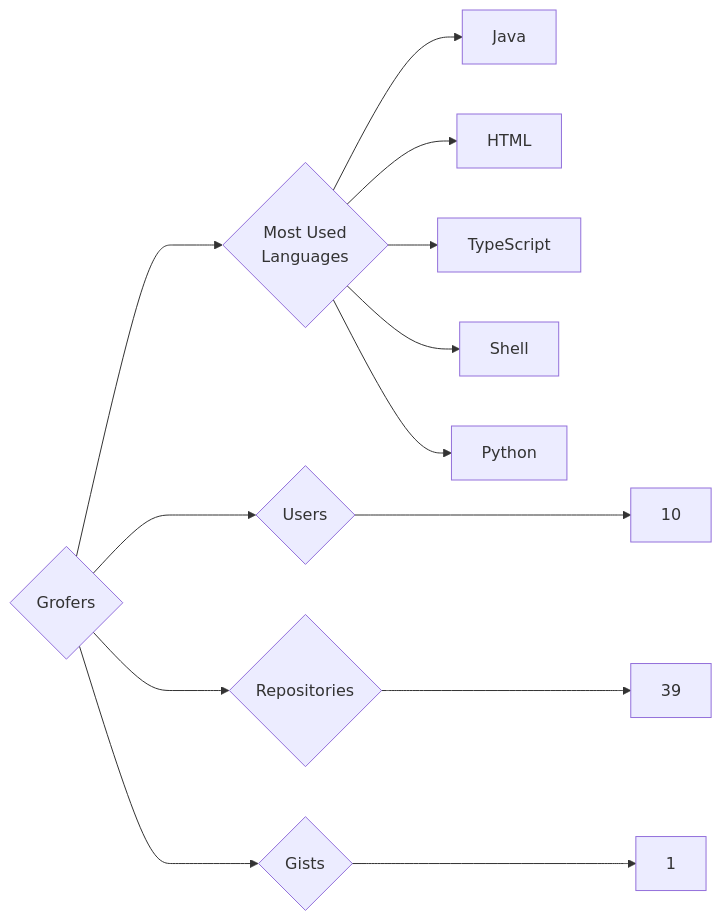
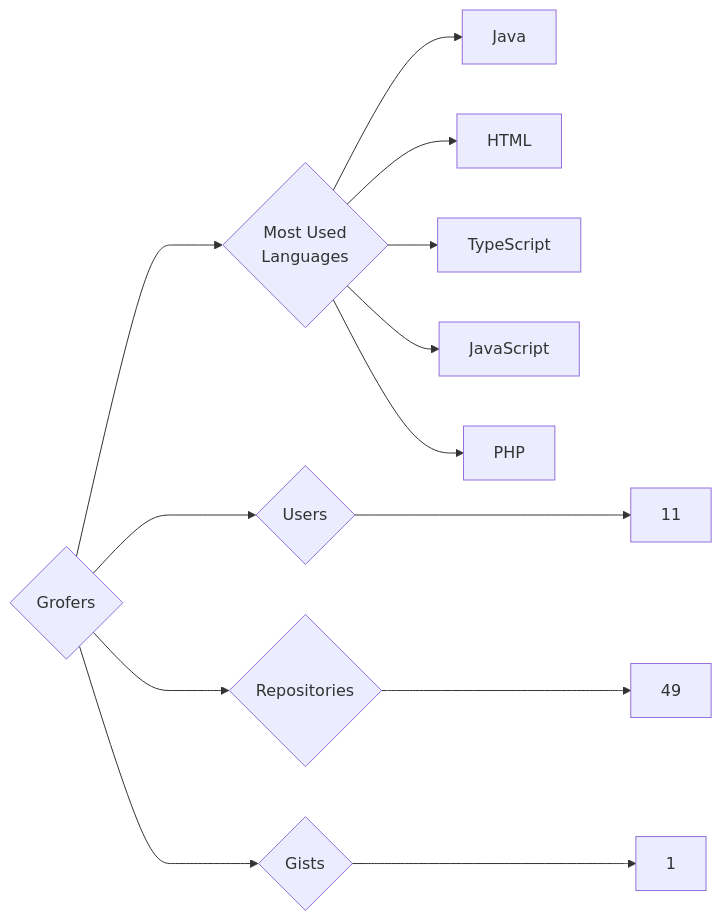
The diagram in targets/Grofers/README.md (trickest/insiders), drawn with Mermaid before and after one commit. The commit also changed 857 other files, not shown here.

````diff
--- a/targets/Grofers/README.md
+++ b/targets/Grofers/README.md
@@ -3,13 +3,13 @@
 ```mermaid
 graph LR
 COMPANY_NAME{Grofers}
-COMPANY_NAME ---> U{Users} ---> UN[10]
-COMPANY_NAME ---> R{Repositories} ---> RN[39]
+COMPANY_NAME ---> U{Users} ---> UN[11]
+COMPANY_NAME ---> R{Repositories} ---> RN[49]
 COMPANY_NAME ---> G{Gists} ---> GN[1]
 COMPANY_NAME ---> ML{Most Used<br>Languages}
 ML --> Java[Java]
 ML --> HTML[HTML]
 ML --> TypeScript[TypeScript]
-ML --> Shell[Shell]
-ML --> Python[Python]
+ML --> JavaScript[JavaScript]
+ML --> PHP[PHP]
 ```
````
